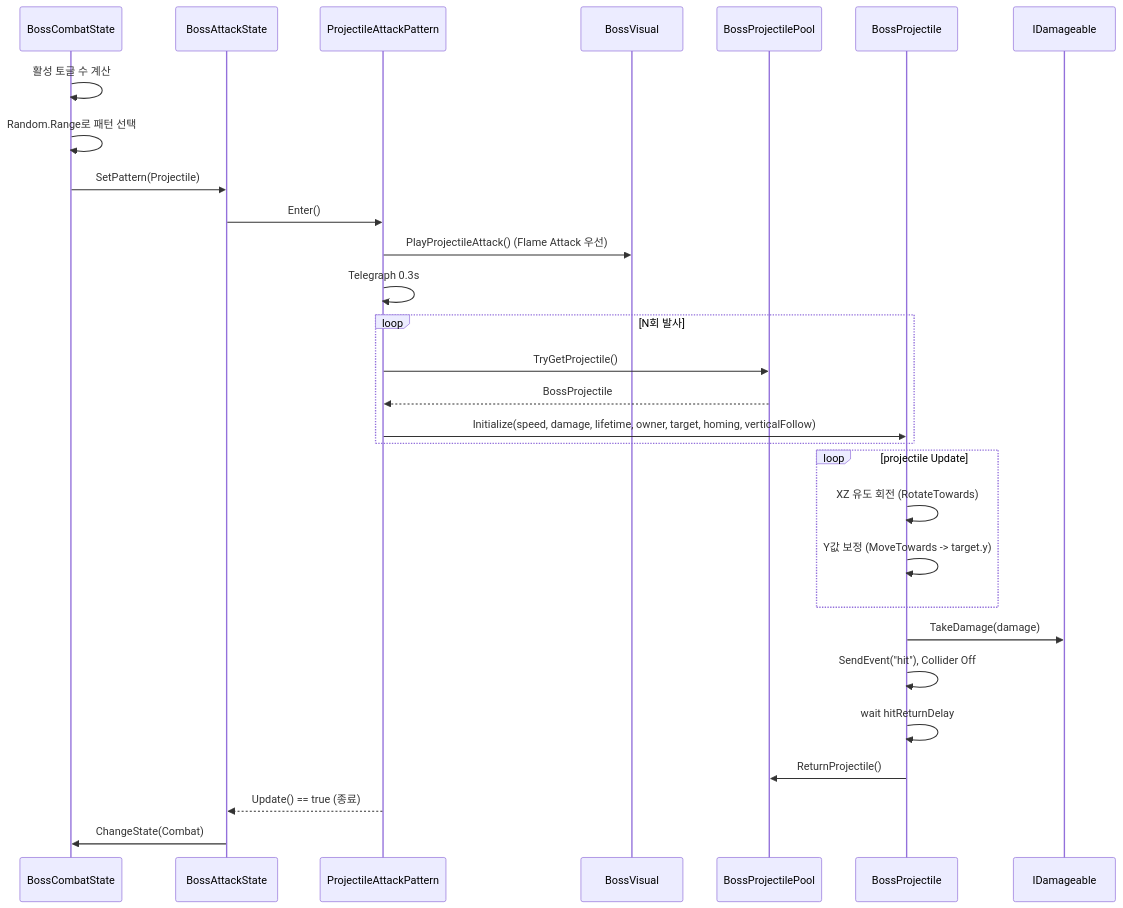
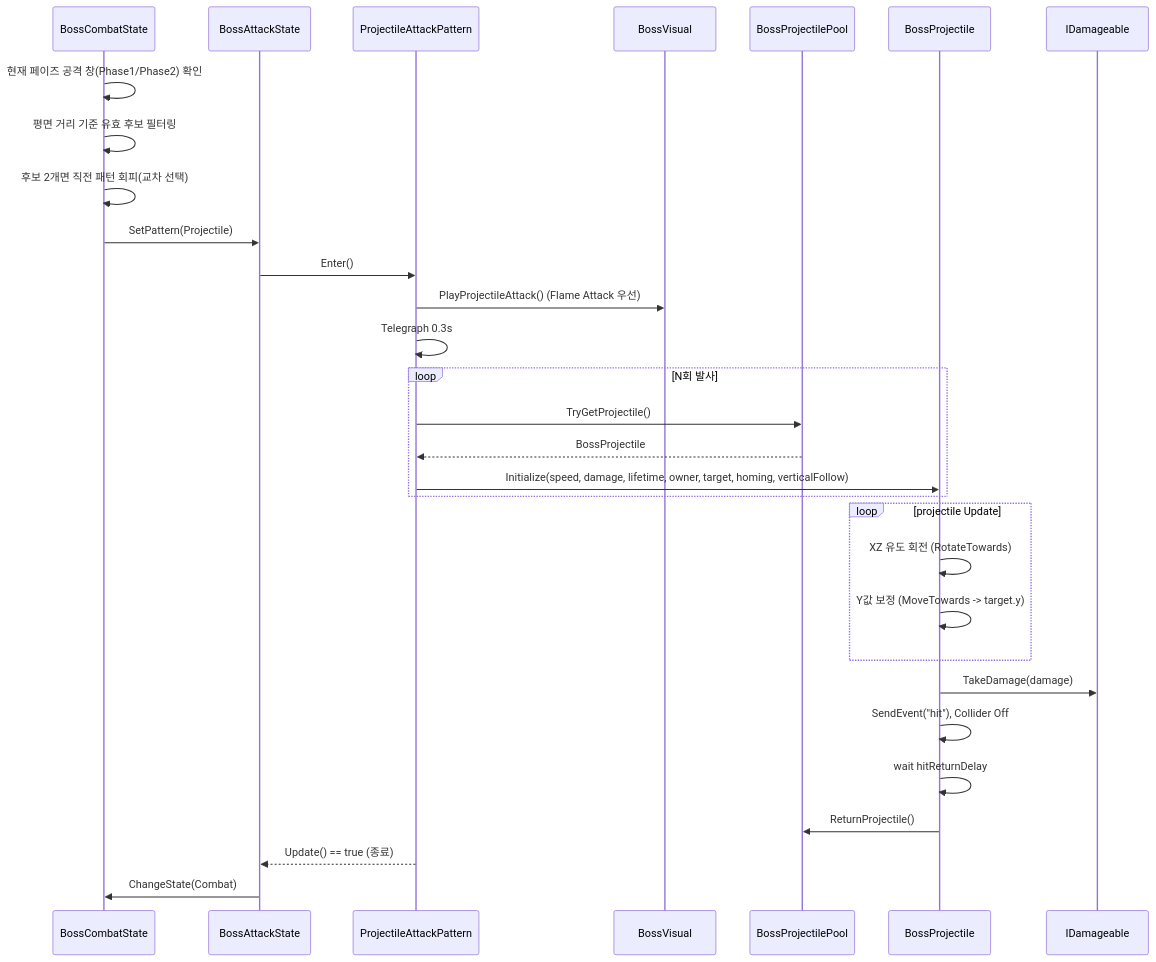
The second of 3 diagrams in docs/technical/Input_FSM_Flow.md (BallTank/BossRaidPortfolio), drawn with Mermaid before and after one commit. The commit also changed other lines of this file and 8 other files, not shown here.

````diff
--- a/docs/technical/Input_FSM_Flow.md
+++ b/docs/technical/Input_FSM_Flow.md
@@ -164,32 +164,33 @@
 ```mermaid
 sequenceDiagram
     participant Combat as BossCombatState
     participant Attack as BossAttackState
     participant Pattern as ProjectileAttackPattern
     participant Visual as BossVisual
     participant Pool as BossProjectilePool
     participant Proj as BossProjectile
     participant Target as IDamageable
 
-    Combat->>Combat: 활성 토글 수 계산
-    Combat->>Combat: Random.Range로 패턴 선택
+    Combat->>Combat: 현재 페이즈 공격 창(Phase1/Phase2) 확인
+    Combat->>Combat: 평면 거리 기준 유효 후보 필터링
+    Combat->>Combat: 후보 2개면 직전 패턴 회피(교차 선택)
     Combat->>Attack: SetPattern(Projectile)
     Attack->>Pattern: Enter()
     Pattern->>Visual: PlayProjectileAttack() (Flame Attack 우선)
     Pattern->>Pattern: Telegraph 0.3s
     loop N회 발사
         Pattern->>Pool: TryGetProjectile()
         Pool-->>Pattern: BossProjectile
         Pattern->>Proj: Initialize(speed, damage, lifetime, owner, target, homing, verticalFollow)
     end
     loop projectile Update
         Proj->>Proj: XZ 유도 회전 (RotateTowards)
         Proj->>Proj: Y값 보정 (MoveTowards -> target.y)
     end
     Proj->>Target: TakeDamage(damage)
     Proj->>Proj: SendEvent("hit"), Collider Off
     Proj->>Proj: wait hitReturnDelay
     Proj->>Pool: ReturnProjectile()
     Pattern-->>Attack: Update() == true (종료)
     Attack->>Combat: ChangeState(Combat)
 ```
````
